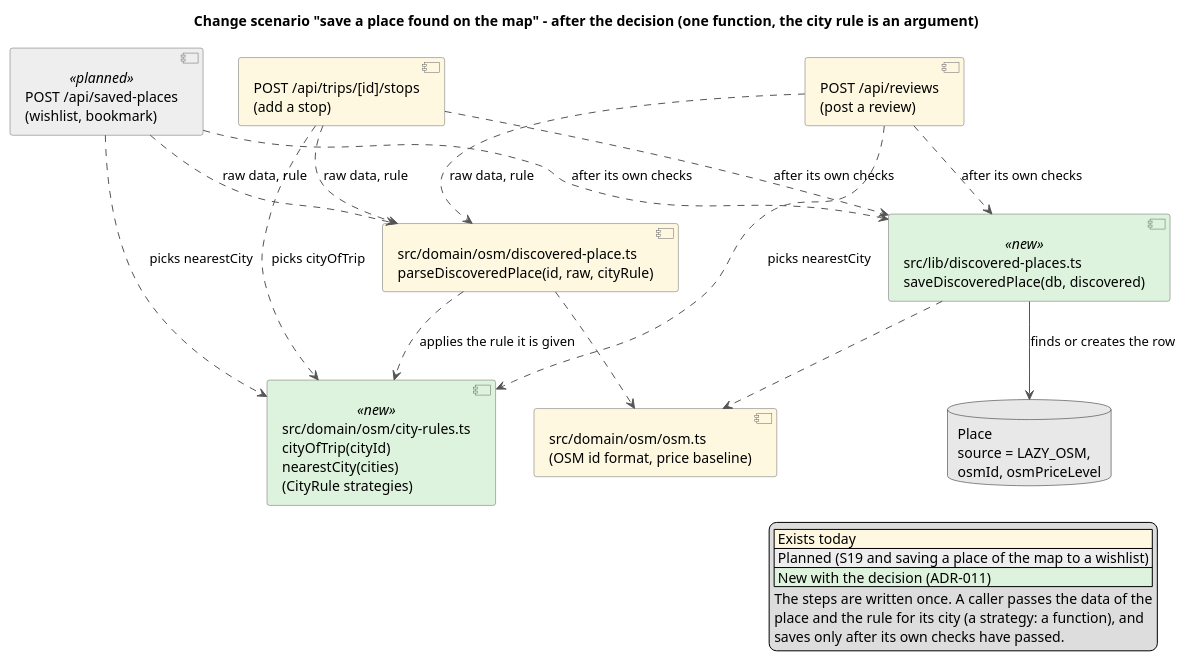
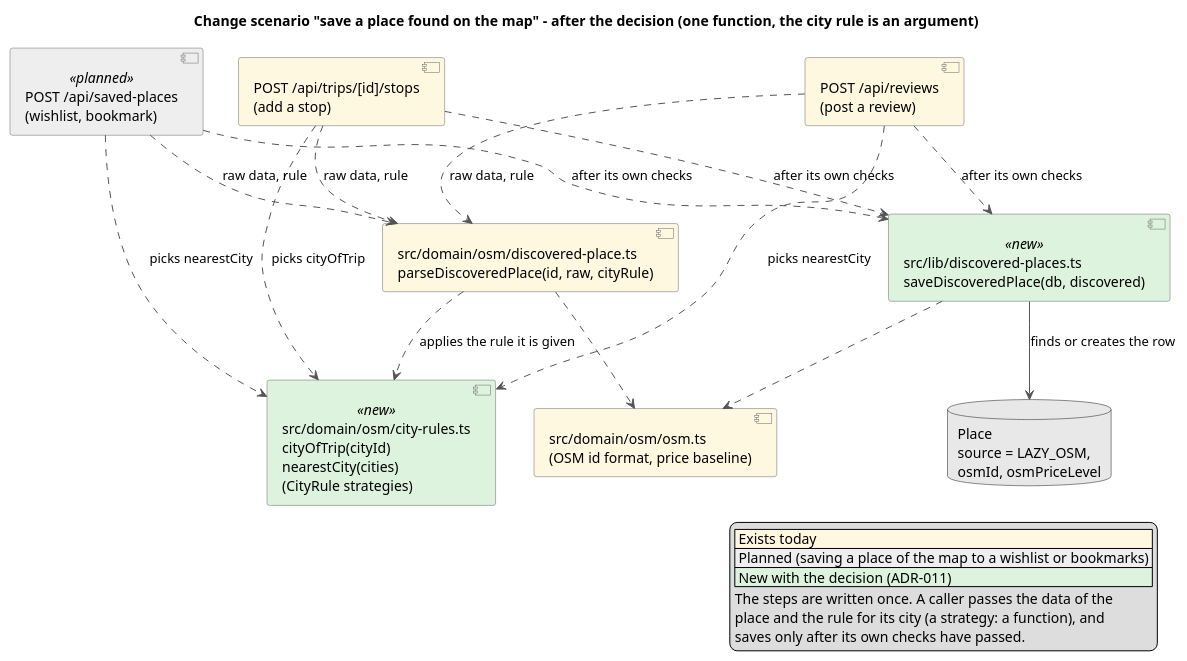
The diagram in docs/design/change-scenario-2-after.puml (MESW-LES-2627/les-project-group-7), drawn with PlantUML before and after one commit. The commit also changed 4 other files, not shown here.

First line of the commit message:
Design: scenario 2 starts from the wishlist of places found on the map, not from the Porto limitation

```diff
--- a/docs/design/change-scenario-2-after.puml
+++ b/docs/design/change-scenario-2-after.puml
@@ -1,44 +1,44 @@
 @startuml change-scenario-2-after
 title Change scenario "save a place found on the map" - after the decision (one function, the city rule is an argument)
 skinparam shadowing false
 skinparam componentStyle uml2
 skinparam ArrowColor #555555
 skinparam component {
   BackgroundColor #FFF8E1
   BorderColor #666666
   BackgroundColor<<planned>> #EEEEEE
   BackgroundColor<<new>> #DDF3DD
 }
 
 legend right
   |<#FFF8E1> Exists today |
-  |<#EEEEEE> Planned (S19 and saving a place of the map to a wishlist) |
+  |<#EEEEEE> Planned (saving a place of the map to a wishlist or bookmarks) |
   |<#DDF3DD> New with the decision (ADR-011) |
   The steps are written once. A caller passes the data of the
   place and the rule for its city (a strategy: a function), and
   saves only after its own checks have passed.
 endlegend
 
 component "POST /api/reviews\n(post a review)" as post
 component "POST /api/trips/[id]/stops\n(add a stop)" as stops
 component "POST /api/saved-places\n(wishlist, bookmark)" as saved <<planned>>
 component "src/domain/osm/city-rules.ts\ncityOfTrip(cityId)\nnearestCity(cities)\n(CityRule strategies)" as rules <<new>>
 component "src/domain/osm/discovered-place.ts\nparseDiscoveredPlace(id, raw, cityRule)" as parse
 component "src/lib/discovered-places.ts\nsaveDiscoveredPlace(db, discovered)" as save <<new>>
 component "src/domain/osm/osm.ts\n(OSM id format, price baseline)" as osm
 database "Place\nsource = LAZY_OSM,\nosmId, osmPriceLevel" as place #E8E8E8
 
 post ..> rules : picks nearestCity
 stops ..> rules : picks cityOfTrip
 saved ..> rules : picks nearestCity
 post ..> parse : raw data, rule
 stops ..> parse : raw data, rule
 saved ..> parse : raw data, rule
 post ..> save : after its own checks
 stops ..> save : after its own checks
 saved ..> save : after its own checks
 parse ..> rules : applies the rule it is given
 parse ..> osm
 save ..> osm
 save --> place : finds or creates the row
 @enduml
```
